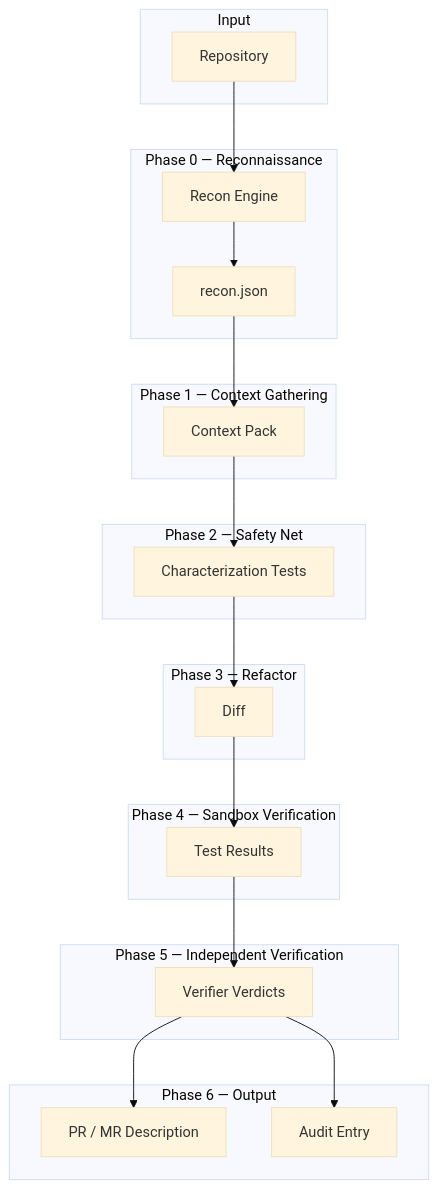
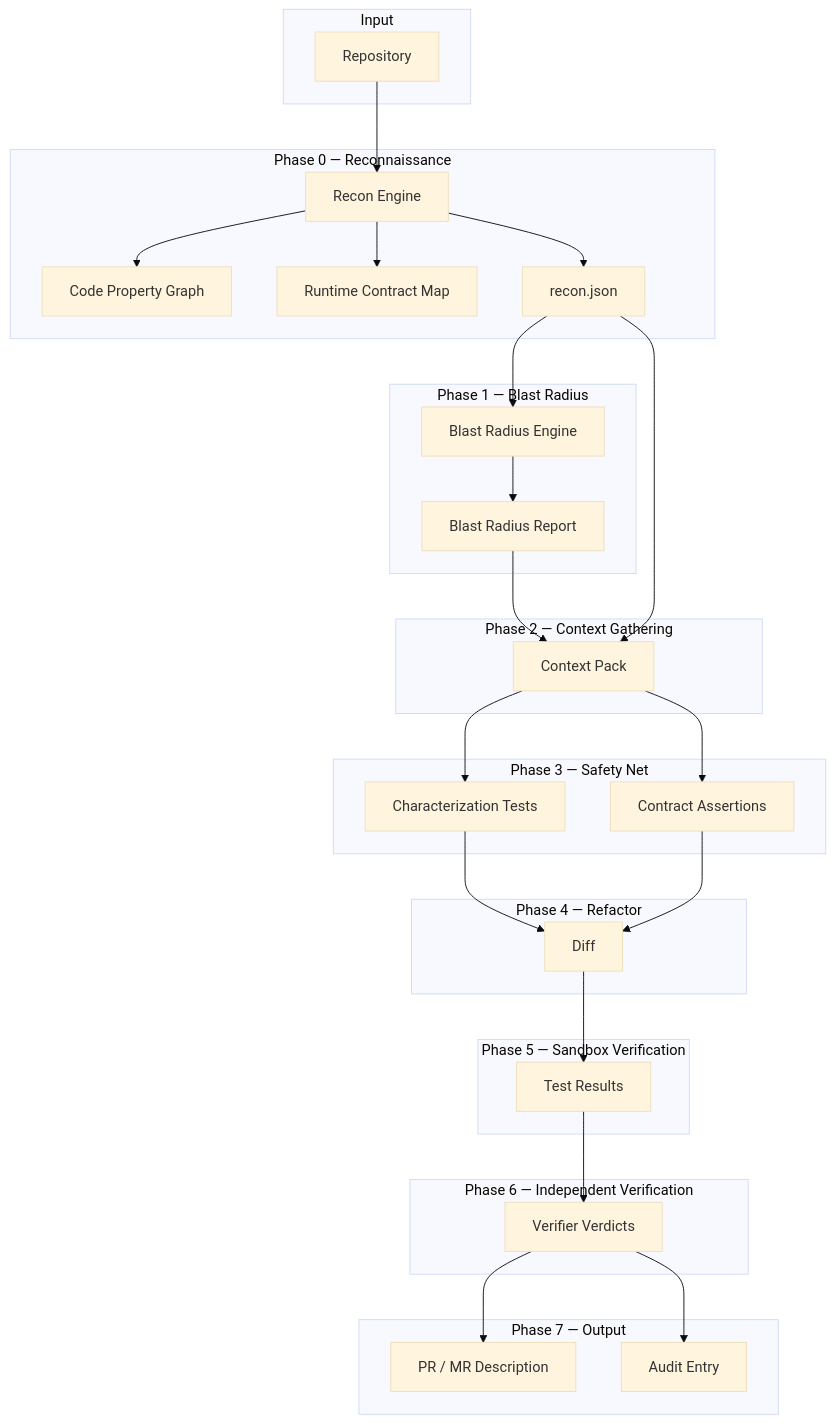
One commit to arubara2021/CodeGuardian changed diagram 21 of 25 in docs/04-architecture.md. Above: the diagram before and after it, drawn with Mermaid (base theme). The commit also changed other lines of this file and 5 other files, not shown here.

````diff
--- a/docs/04-architecture.md
+++ b/docs/04-architecture.md
@@ -989,46 +1220,61 @@
 ```mermaid
 flowchart TB
     subgraph Input
         Repo[Repository]
     end
 
     subgraph Recon["Phase 0 — Reconnaissance"]
         ReconEngine[Recon Engine]
+        CPG[Code Property Graph]
+        RuntimeMap[Runtime Contract Map]
         ReconJSON[recon.json]
     end
 
-    subgraph Context["Phase 1 — Context Gathering"]
+    subgraph Blast["Phase 1 — Blast Radius"]
+        BlastEngine[Blast Radius Engine]
+        BlastReport[Blast Radius Report]
+    end
+
+    subgraph Context["Phase 2 — Context Gathering"]
         ContextPack[Context Pack]
     end
 
-    subgraph Test["Phase 2 — Safety Net"]
+    subgraph Test["Phase 3 — Safety Net"]
         TestFile[Characterization Tests]
+        ContractAssert[Contract Assertions]
     end
 
-    subgraph Refactor["Phase 3 — Refactor"]
+    subgraph Refactor["Phase 4 — Refactor"]
         Diff[Diff]
     end
 
-    subgraph Verify["Phase 4 — Sandbox Verification"]
+    subgraph Verify["Phase 5 — Sandbox Verification"]
         TestResult[Test Results]
     end
 
-    subgraph Independent["Phase 5 — Independent Verification"]
+    subgraph Independent["Phase 6 — Independent Verification"]
         Verdicts[Verifier Verdicts]
     end
 
-    subgraph Output["Phase 6 — Output"]
+    subgraph Output["Phase 7 — Output"]
         PRDesc[PR / MR Description]
         AuditEntry[Audit Entry]
     end
 
     Repo --> ReconEngine
+    ReconEngine --> CPG
+    ReconEngine --> RuntimeMap
     ReconEngine --> ReconJSON
+    ReconJSON --> BlastEngine
+    BlastEngine --> BlastReport
+    BlastReport --> ContextPack
     ReconJSON --> ContextPack
     ContextPack --> TestFile
+    ContextPack --> ContractAssert
     TestFile --> Diff
+    ContractAssert --> Diff
     Diff --> TestResult
     TestResult --> Verdicts
     Verdicts --> PRDesc
     Verdicts --> AuditEntry
 ```
````
